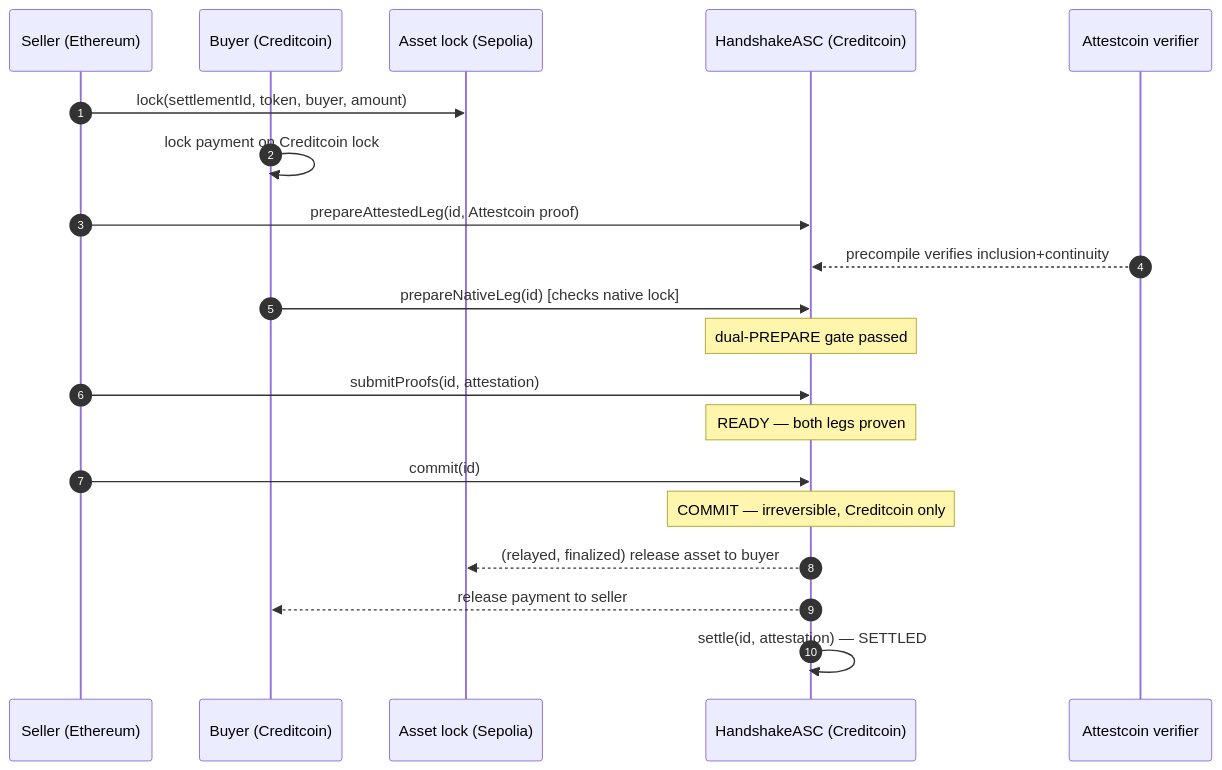
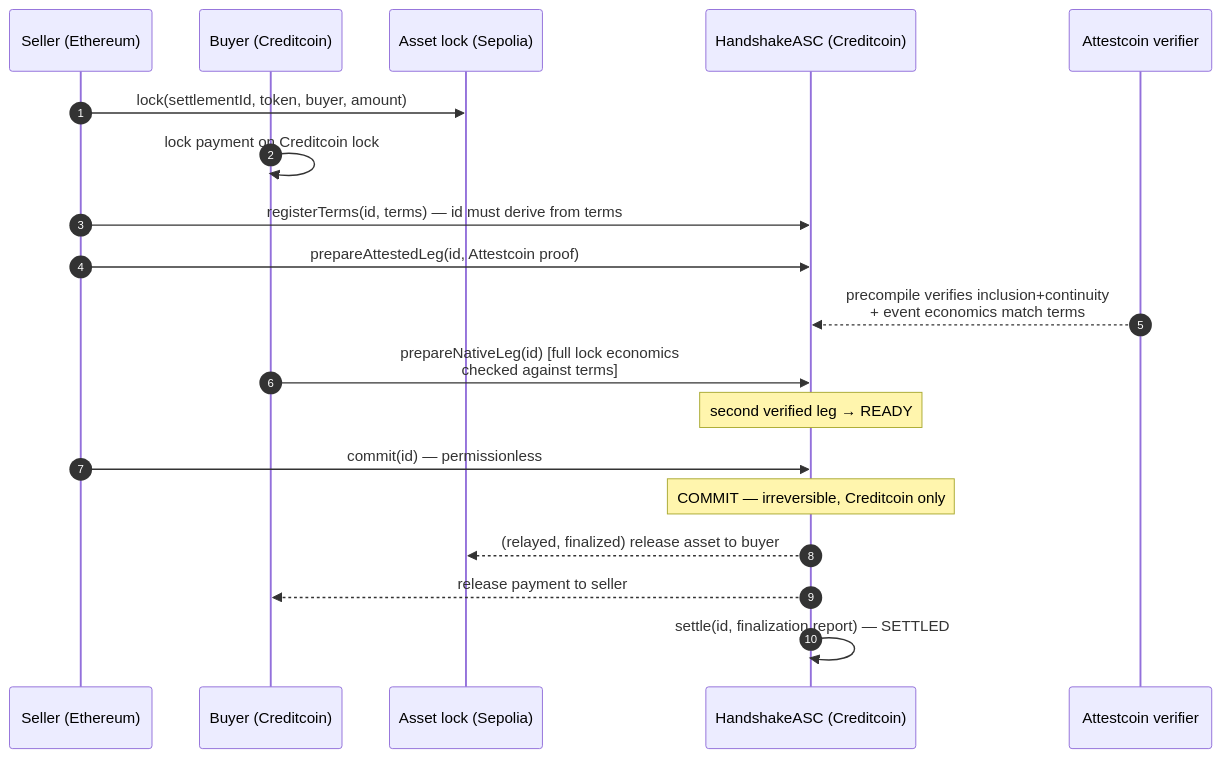
One commit to zarkbns/handshake changed the first of 2 diagrams in README.md. Above: the diagram before and after it, drawn with Mermaid. The commit also changed other lines of this file and 4 other files, not shown here.

````diff
--- a/README.md
+++ b/README.md
@@ -31,23 +33,22 @@
 ```mermaid
 sequenceDiagram
     autonumber
     participant S as Seller (Ethereum)
     participant B as Buyer (Creditcoin)
     participant L as Asset lock (Sepolia)
     participant ASC as HandshakeASC (Creditcoin)
     participant V as Attestcoin verifier
 
     S->>L: lock(settlementId, token, buyer, amount)
     B->>B: lock payment on Creditcoin lock
+    S->>ASC: registerTerms(id, terms) — id must derive from terms
     S->>ASC: prepareAttestedLeg(id, Attestcoin proof)
-    V-->>ASC: precompile verifies inclusion+continuity
-    B->>ASC: prepareNativeLeg(id)  [checks native lock]
-    Note over ASC: dual-PREPARE gate passed
-    S->>ASC: submitProofs(id, attestation)
-    Note over ASC: READY — both legs proven
-    S->>ASC: commit(id)
+    V-->>ASC: precompile verifies inclusion+continuity<br/>+ event economics match terms
+    B->>ASC: prepareNativeLeg(id)  [full lock economics<br/>checked against terms]
+    Note over ASC: second verified leg → READY
+    S->>ASC: commit(id) — permissionless
     Note over ASC: COMMIT — irreversible, Creditcoin only
     ASC-->>L: (relayed, finalized) release asset to buyer
     ASC-->>B: release payment to seller
-    ASC->>ASC: settle(id, attestation) — SETTLED
+    ASC->>ASC: settle(id, finalization report) — SETTLED
 ```
````
